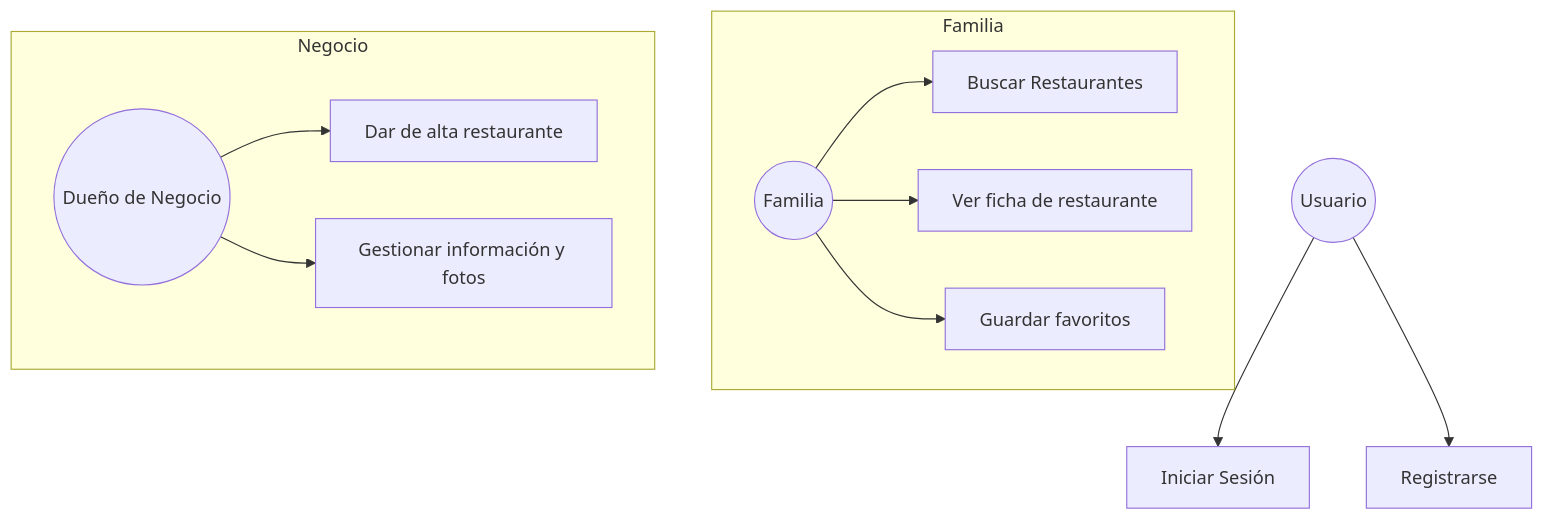
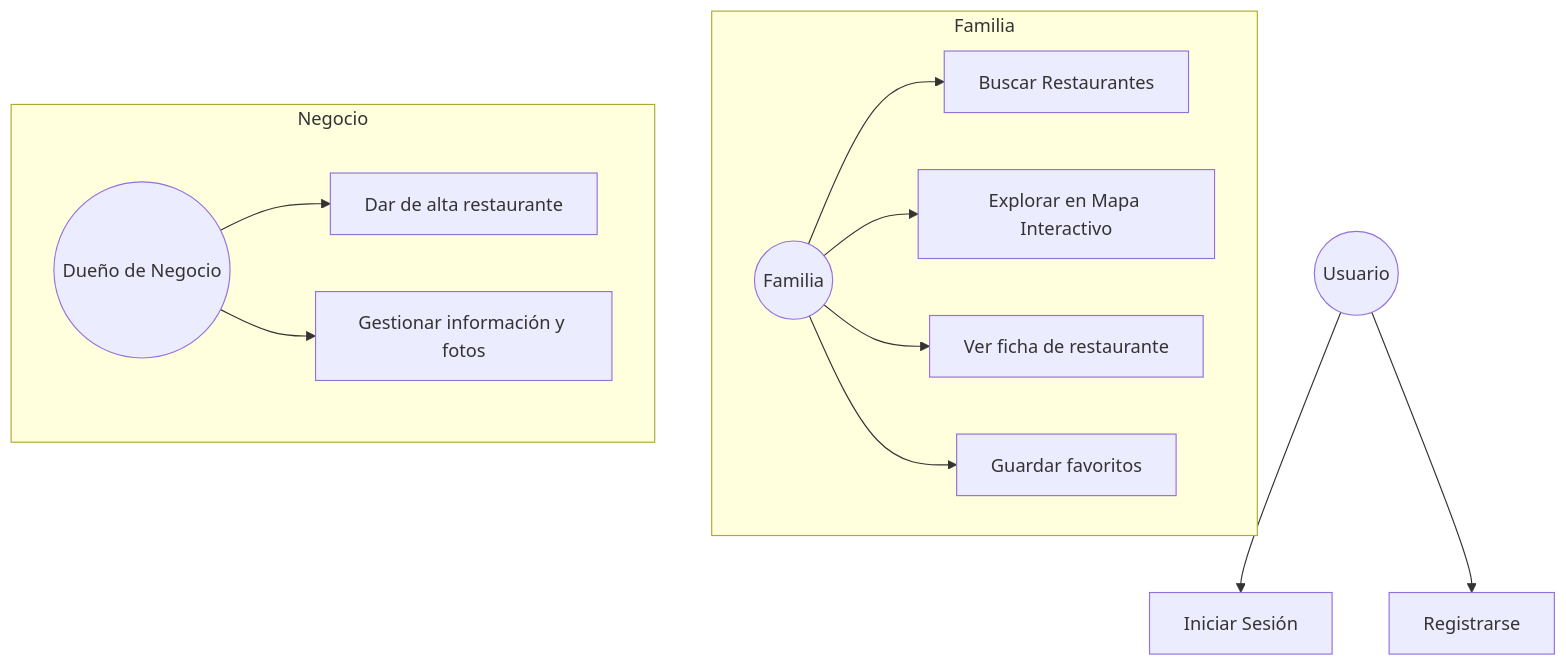
Before and after one commit to beapdp/tfg-playandeat: the second of 2 diagrams in MEMORIA_TFG.md, drawn with Mermaid. The commit also changed other lines of this file and 28 other files, not shown here.

Commit message:
Implementacion del mapa interactivo, sistema de valoraciones inteligente, estadisticas del negocio y documentacion del TFG

````diff
--- a/MEMORIA_TFG.md
+++ b/MEMORIA_TFG.md
@@ -126,16 +144,17 @@
 ```mermaid
 graph TD
     User((Usuario)) --> Login[Iniciar Sesión]
     User --> Registro[Registrarse]
     
     subgraph Familia
         FamiliaUser((Familia)) --> Buscar[Buscar Restaurantes]
+        FamiliaUser --> Mapa[Explorar en Mapa Interactivo]
         FamiliaUser --> Detalle[Ver ficha de restaurante]
         FamiliaUser --> Favoritos[Guardar favoritos]
     end
     
     subgraph Negocio
         NegocioUser((Dueño de Negocio)) --> CrearRest[Dar de alta restaurante]
         NegocioUser --> Gestionar[Gestionar información y fotos]
     end
 ```
````
